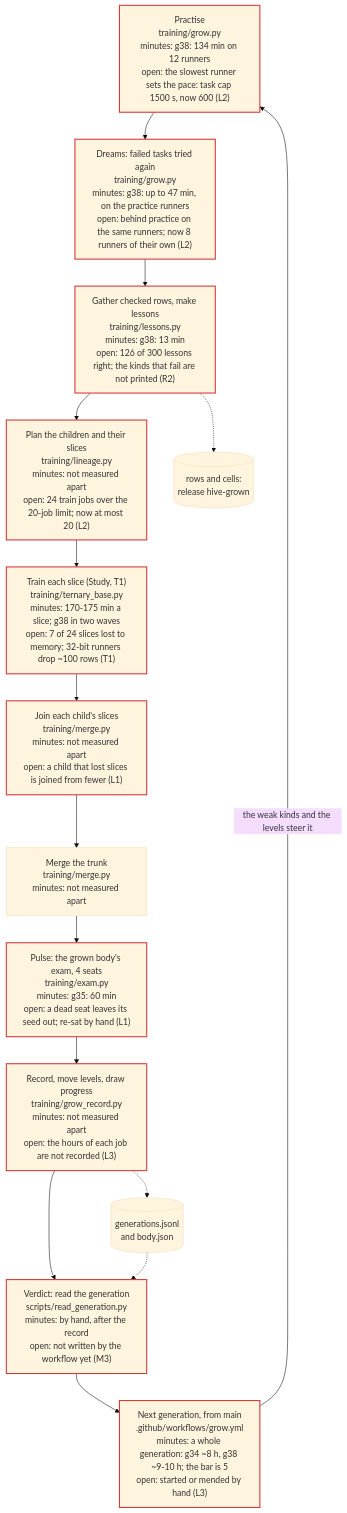
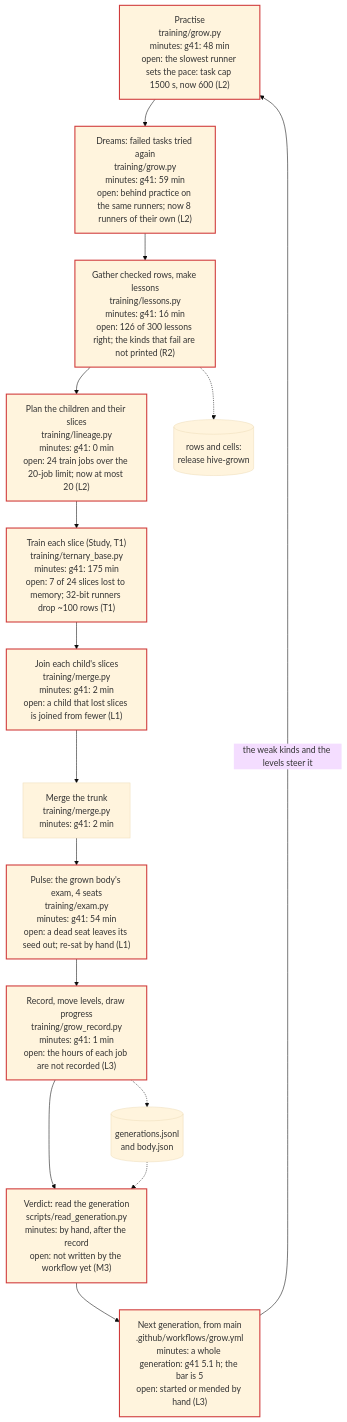
The first of 4 diagrams in docs/KNOWLEDGE.md (Arnav123-s/HiveMIND), drawn with Mermaid (base theme) before and after one commit. The commit also changed 14 other files, not shown here.

Commit message:
The hive's body: generation g41

````diff
--- a/docs/KNOWLEDGE.md
+++ b/docs/KNOWLEDGE.md
@@ -11,31 +11,31 @@
 ```mermaid
 flowchart TD
-  practise["Practise<br/>training/grow.py<br/>minutes: g38: 134 min on 12 runners<br/>open: the slowest runner sets the pace: task cap 1500 s, now 600 (L2)"]:::open
-  dreams["Dreams: failed tasks tried again<br/>training/grow.py<br/>minutes: g38: up to 47 min, on the practice runners<br/>open: behind practice on the same runners; now 8 runners of their own (L2)"]:::open
-  gather["Gather checked rows, make lessons<br/>training/lessons.py<br/>minutes: g38: 13 min<br/>open: 126 of 300 lessons right; the kinds that fail are not printed (R2)"]:::open
-  plan["Plan the children and their slices<br/>training/lineage.py<br/>minutes: not measured apart<br/>open: 24 train jobs over the 20-job limit; now at most 20 (L2)"]:::open
-  trainc["Train each slice (Study, T1)<br/>training/ternary_base.py<br/>minutes: 170-175 min a slice; g38 in two waves<br/>open: 7 of 24 slices lost to memory; 32-bit runners drop ~100 rows (T1)"]:::open
-  join["Join each child's slices<br/>training/merge.py<br/>minutes: not measured apart<br/>open: a child that lost slices is joined from fewer (L1)"]:::open
-  trunk["Merge the trunk<br/>training/merge.py<br/>minutes: not measured apart"]
-  pulse["Pulse: the grown body's exam, 4 seats<br/>training/exam.py<br/>minutes: g35: 60 min<br/>open: a dead seat leaves its seed out; re-sat by hand (L1)"]:::open
-  recordg["Record, move levels, draw progress<br/>training/grow_record.py<br/>minutes: not measured apart<br/>open: the hours of each job are not recorded (L3)"]:::open
+  practise["Practise<br/>training/grow.py<br/>minutes: g41: 48 min<br/>open: the slowest runner sets the pace: task cap 1500 s, now 600 (L2)"]:::open
+  dreams["Dreams: failed tasks tried again<br/>training/grow.py<br/>minutes: g41: 59 min<br/>open: behind practice on the same runners; now 8 runners of their own (L2)"]:::open
+  gather["Gather checked rows, make lessons<br/>training/lessons.py<br/>minutes: g41: 16 min<br/>open: 126 of 300 lessons right; the kinds that fail are not printed (R2)"]:::open
+  plan["Plan the children and their slices<br/>training/lineage.py<br/>minutes: g41: 0 min<br/>open: 24 train jobs over the 20-job limit; now at most 20 (L2)"]:::open
+  trainc["Train each slice (Study, T1)<br/>training/ternary_base.py<br/>minutes: g41: 175 min<br/>open: 7 of 24 slices lost to memory; 32-bit runners drop ~100 rows (T1)"]:::open
+  join["Join each child's slices<br/>training/merge.py<br/>minutes: g41: 2 min<br/>open: a child that lost slices is joined from fewer (L1)"]:::open
+  trunk["Merge the trunk<br/>training/merge.py<br/>minutes: g41: 2 min"]
+  pulse["Pulse: the grown body's exam, 4 seats<br/>training/exam.py<br/>minutes: g41: 54 min<br/>open: a dead seat leaves its seed out; re-sat by hand (L1)"]:::open
+  recordg["Record, move levels, draw progress<br/>training/grow_record.py<br/>minutes: g41: 1 min<br/>open: the hours of each job are not recorded (L3)"]:::open
   verdictg["Verdict: read the generation<br/>scripts/read_generation.py<br/>minutes: by hand, after the record<br/>open: not written by the workflow yet (M3)"]:::open
-  nextg["Next generation, from main<br/>.github/workflows/grow.yml<br/>minutes: a whole generation: g34 ~8 h, g38 ~9-10 h; the bar is 5<br/>open: started or mended by hand (L3)"]:::open
+  nextg["Next generation, from main<br/>.github/workflows/grow.yml<br/>minutes: a whole generation: g41 5.1 h; the bar is 5<br/>open: started or mended by hand (L3)"]:::open
   practise --> dreams
   dreams --> gather
   gather --> plan
   plan --> trainc
   trainc --> join
   join --> trunk
   trunk --> pulse
   pulse --> recordg
   recordg --> verdictg
   verdictg --> nextg
   nextg -->|"the weak kinds and the levels steer it"| practise
   rel[("rows and cells:<br/>release hive-grown")]
   rec[("generations.jsonl<br/>and body.json")]
   gather -.-> rel
   recordg -.-> rec
   rec -.-> verdictg
   classDef open stroke:#d03b3b,stroke-width:2px
 ```
````
